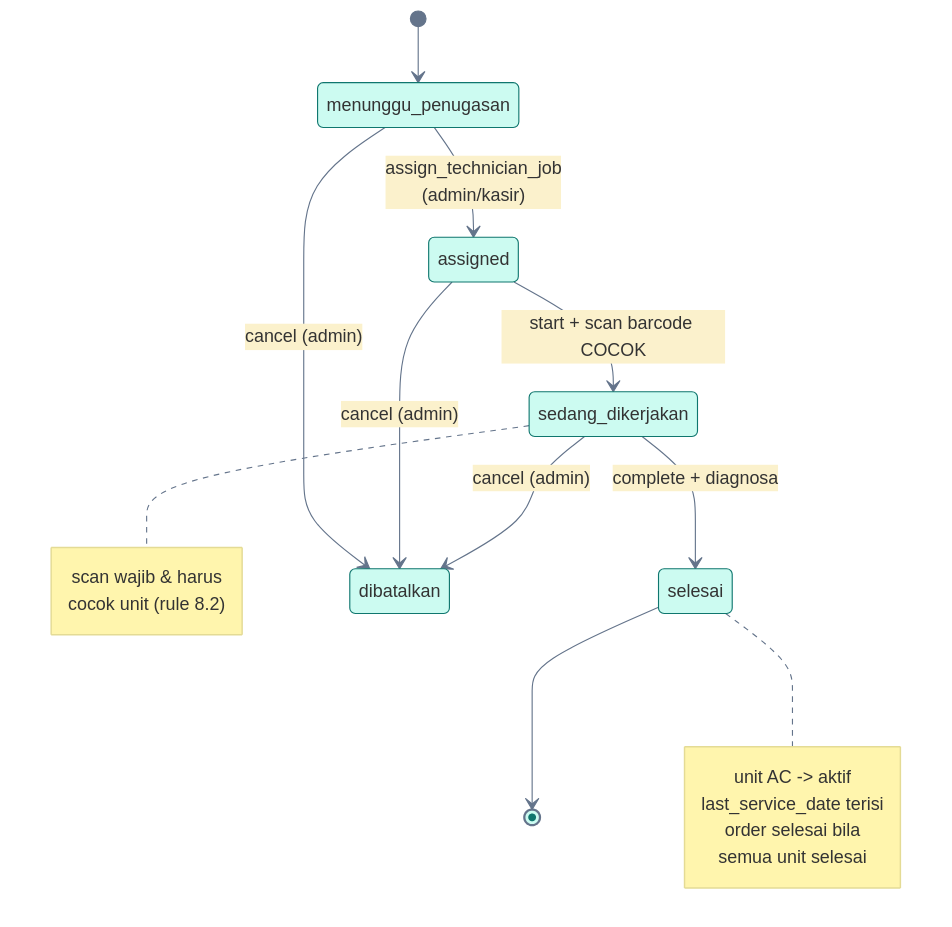
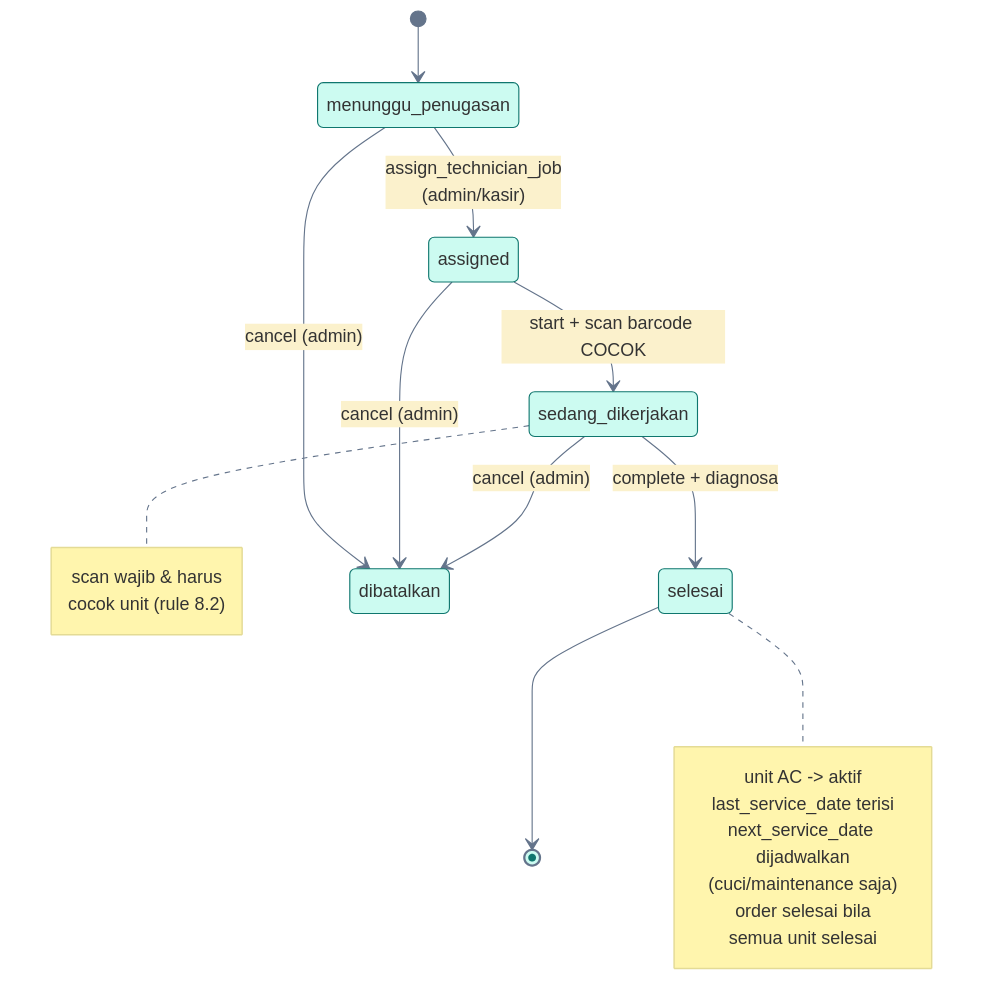
Before and after one commit to Syakir003/mobile-apr-kasir-admin: the fourth of 6 diagrams in docs/Flow-Sistem-EPOS-AC.md, drawn with Mermaid. The commit also changed other lines of this file and 1 other file, not shown here.

````diff
--- a/docs/Flow-Sistem-EPOS-AC.md
+++ b/docs/Flow-Sistem-EPOS-AC.md
@@ -85,23 +85,25 @@
 ```mermaid
 %%{init: {'theme':'base','themeVariables':{'primaryColor':'#CCFBF1','primaryBorderColor':'#0F766E','lineColor':'#64748B','fontFamily':'system-ui'}}}%%
 stateDiagram-v2
   [*] --> menunggu_penugasan
   menunggu_penugasan --> assigned: assign_technician_job<br/>(admin/kasir)
   assigned --> sedang_dikerjakan: start + scan barcode COCOK
   sedang_dikerjakan --> selesai: complete + diagnosa
   menunggu_penugasan --> dibatalkan: cancel (admin)
   assigned --> dibatalkan: cancel (admin)
   sedang_dikerjakan --> dibatalkan: cancel (admin)
   selesai --> [*]
 
   note right of sedang_dikerjakan
     scan wajib & harus
     cocok unit (rule 8.2)
   end note
   note right of selesai
     unit AC -> aktif
     last_service_date terisi
+    next_service_date dijadwalkan
+    (cuci/maintenance saja)
     order selesai bila
     semua unit selesai
   end note
 ```
````
